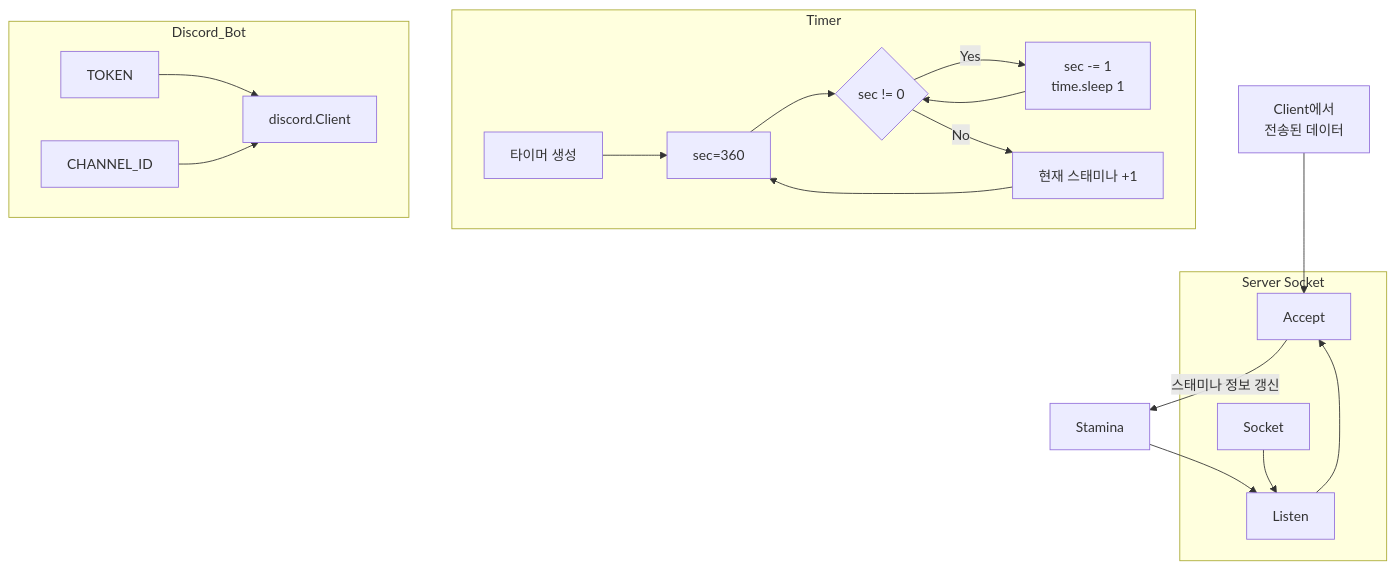
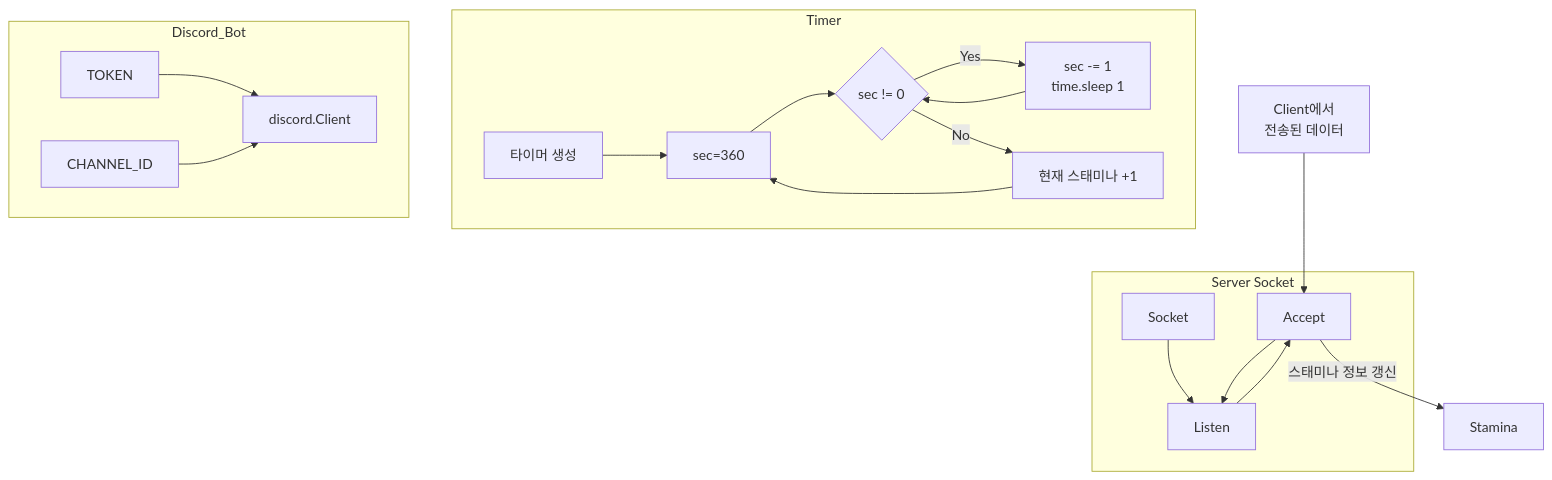
The third of 3 diagrams in README.md (201710808/Game-Stamina-Alarm), drawn with Mermaid before and after one commit.

````diff
--- a/README.md
+++ b/README.md
@@ -55,25 +55,25 @@
 ```mermaid
 graph TB;
     data[Client에서\n전송된 데이터]-->Accept;
 
     subgraph Server Socket;
     Socket-->Listen;
     Listen-->Accept;
     end;
     Accept-->|스태미나 정보 갱신|Stamina;
-    Stamina-->Listen;
+    Accept-->Listen;
 
     subgraph Timer;
     timer_start[타이머 생성]-->sec;
     sec[sec=360]-->condition{sec != 0};
     condition-->|"Yes"|process_time[sec -= 1\ntime.sleep 1];
     process_time-->condition;
     condition-->|"No"|sync_stamina[현재 스태미나 +1];
     sync_stamina-->sec;
     end;
 
     subgraph Discord_Bot;
     TOKEN-->Client[discord.Client];
     CHANNEL_ID-->Client;
     end;
 ```
````
